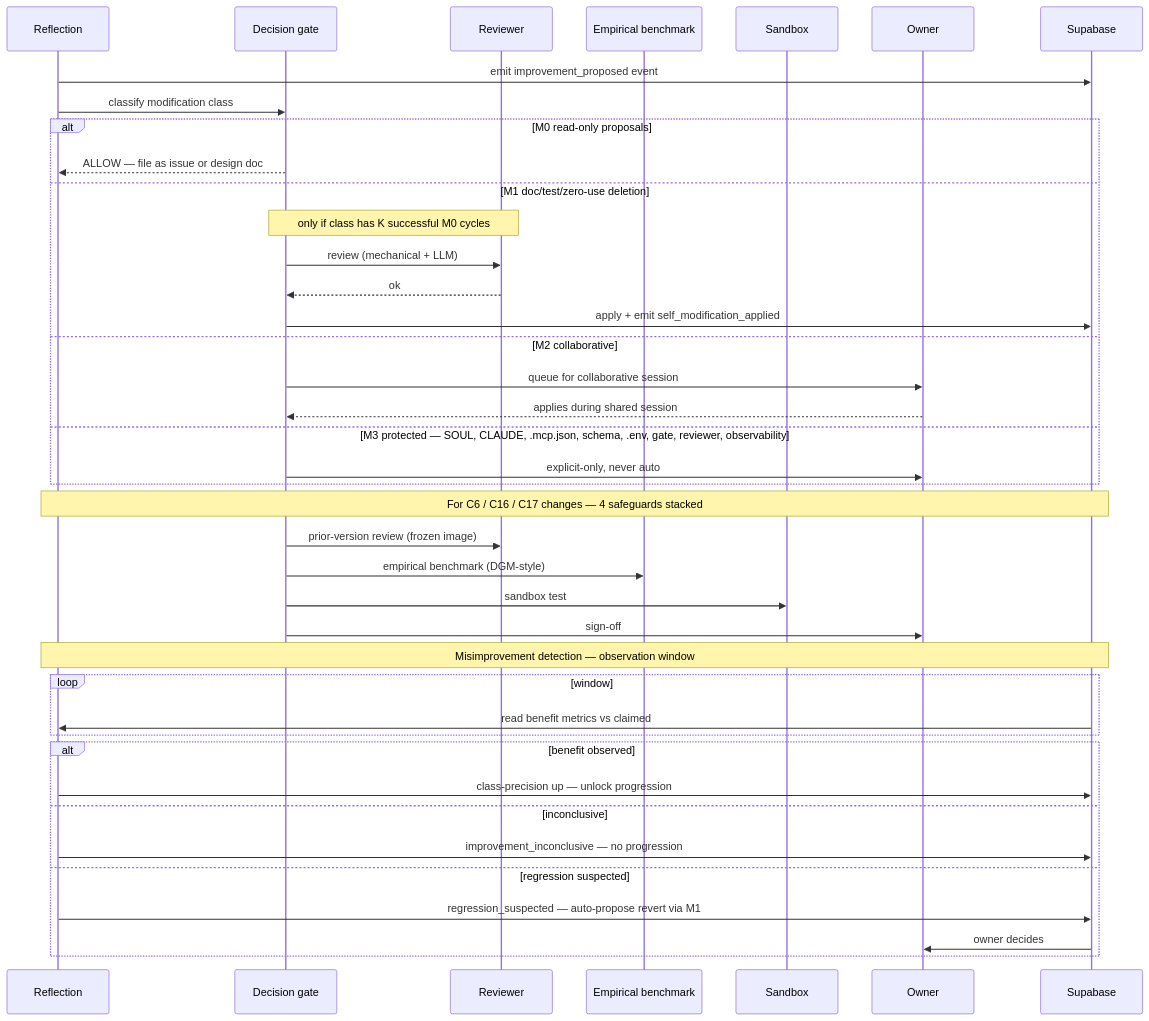
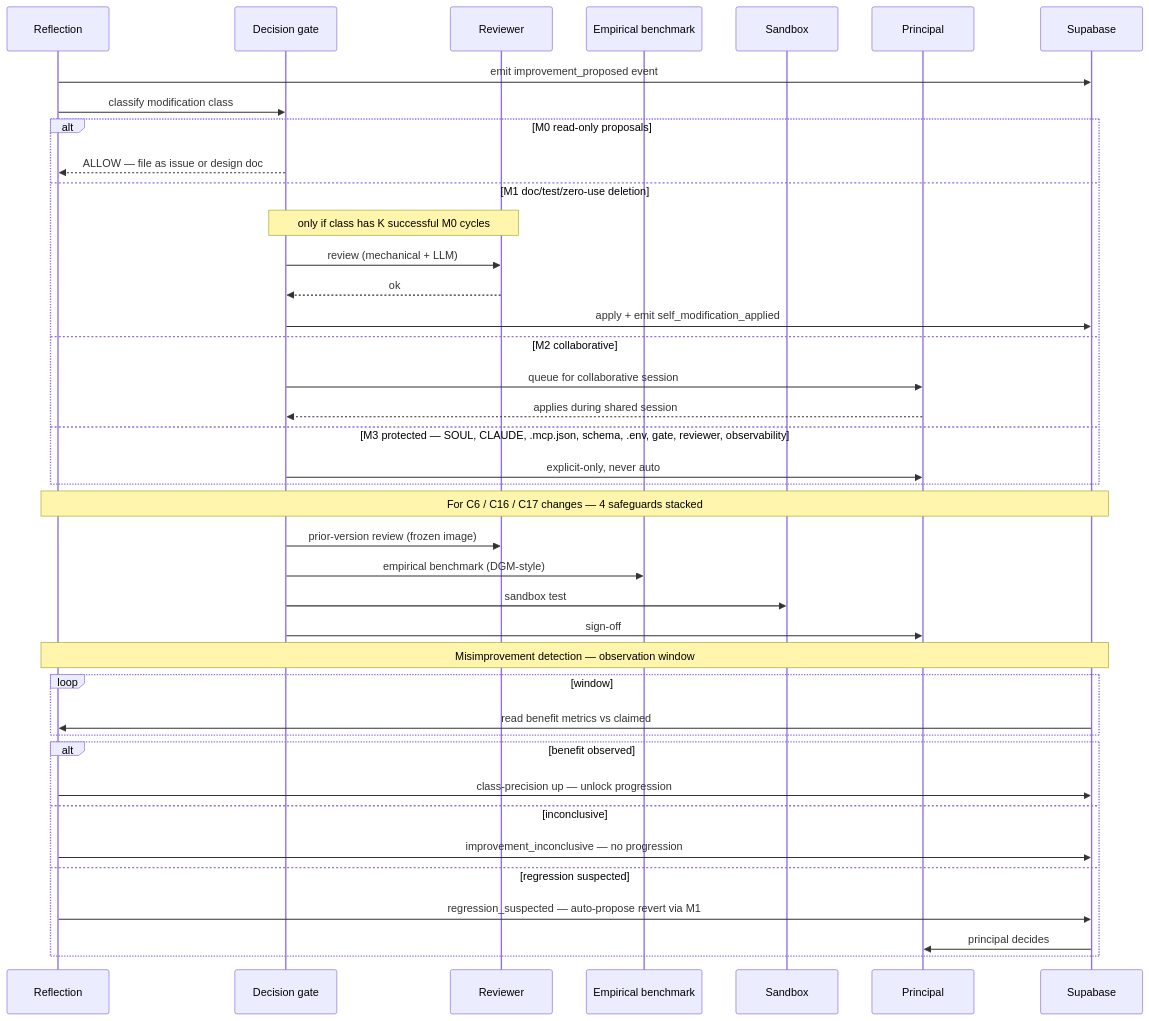
One commit to Osasuwu/jarvis changed the sixth of 8 diagrams in docs/design/jarvis-flows.md. Above: the diagram before and after it, drawn with Mermaid. The commit also changed other lines of this file and 19 other files, not shown here.

````diff
--- a/docs/design/jarvis-flows.md
+++ b/docs/design/jarvis-flows.md
@@ -274,46 +274,46 @@
 ```mermaid
 sequenceDiagram
     participant C5 as Reflection
     participant C6 as Decision gate
     participant C16 as Reviewer
     participant Bench as Empirical benchmark
     participant Sandbox
-    participant Owner
+    participant Principal
     participant Pg as Supabase
 
     C5->>Pg: emit improvement_proposed event
     C5->>C6: classify modification class
 
     alt M0 read-only proposals
         C6-->>C5: ALLOW — file as issue or design doc
     else M1 doc/test/zero-use deletion
         Note over C6, C16: only if class has K successful M0 cycles
         C6->>C16: review (mechanical + LLM)
         C16-->>C6: ok
         C6->>Pg: apply + emit self_modification_applied
     else M2 collaborative
-        C6->>Owner: queue for collaborative session
-        Owner-->>C6: applies during shared session
+        C6->>Principal: queue for collaborative session
+        Principal-->>C6: applies during shared session
     else M3 protected — SOUL, CLAUDE, .mcp.json, schema, .env, gate, reviewer, observability
-        C6->>Owner: explicit-only, never auto
+        C6->>Principal: explicit-only, never auto
     end
 
     Note over C5, Pg: For C6 / C16 / C17 changes — 4 safeguards stacked
     C6->>C16: prior-version review (frozen image)
     C6->>Bench: empirical benchmark (DGM-style)
     C6->>Sandbox: sandbox test
-    C6->>Owner: sign-off
+    C6->>Principal: sign-off
 
     Note over C5, Pg: Misimprovement detection — observation window
     loop window
         Pg->>C5: read benefit metrics vs claimed
     end
     alt benefit observed
         C5->>Pg: class-precision up — unlock progression
     else inconclusive
         C5->>Pg: improvement_inconclusive — no progression
     else regression suspected
         C5->>Pg: regression_suspected — auto-propose revert via M1
-        Pg->>Owner: owner decides
+        Pg->>Principal: principal decides
     end
 ```
````
